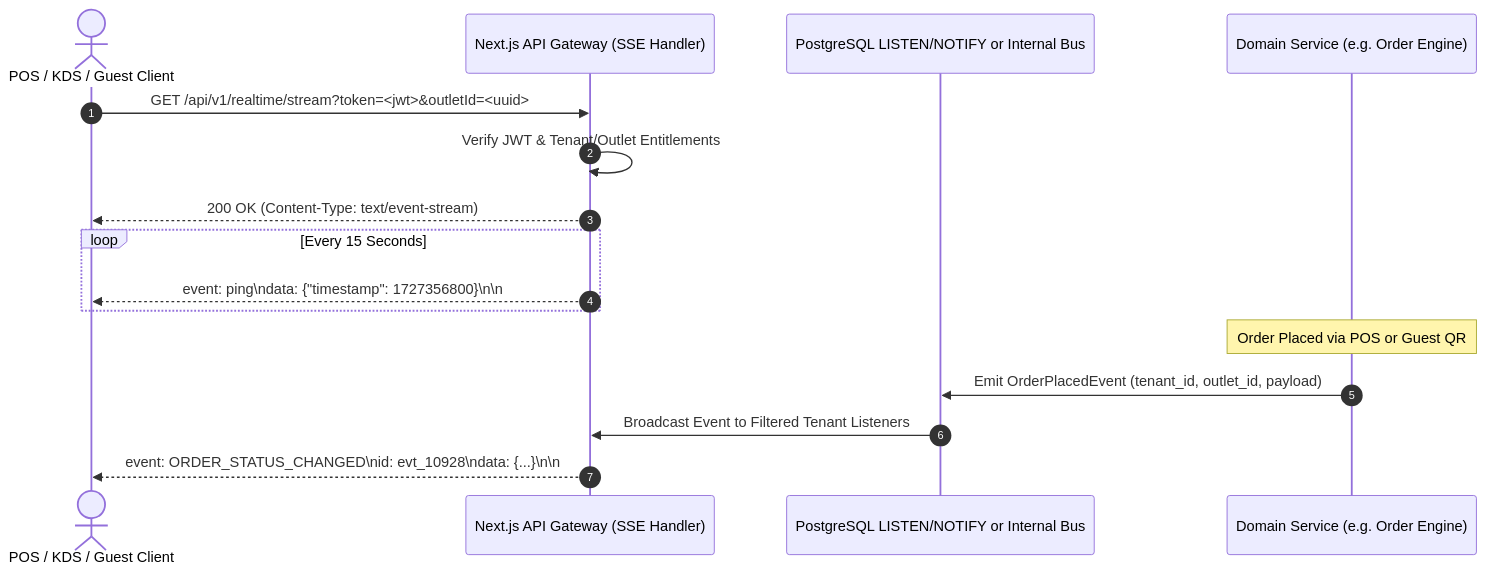
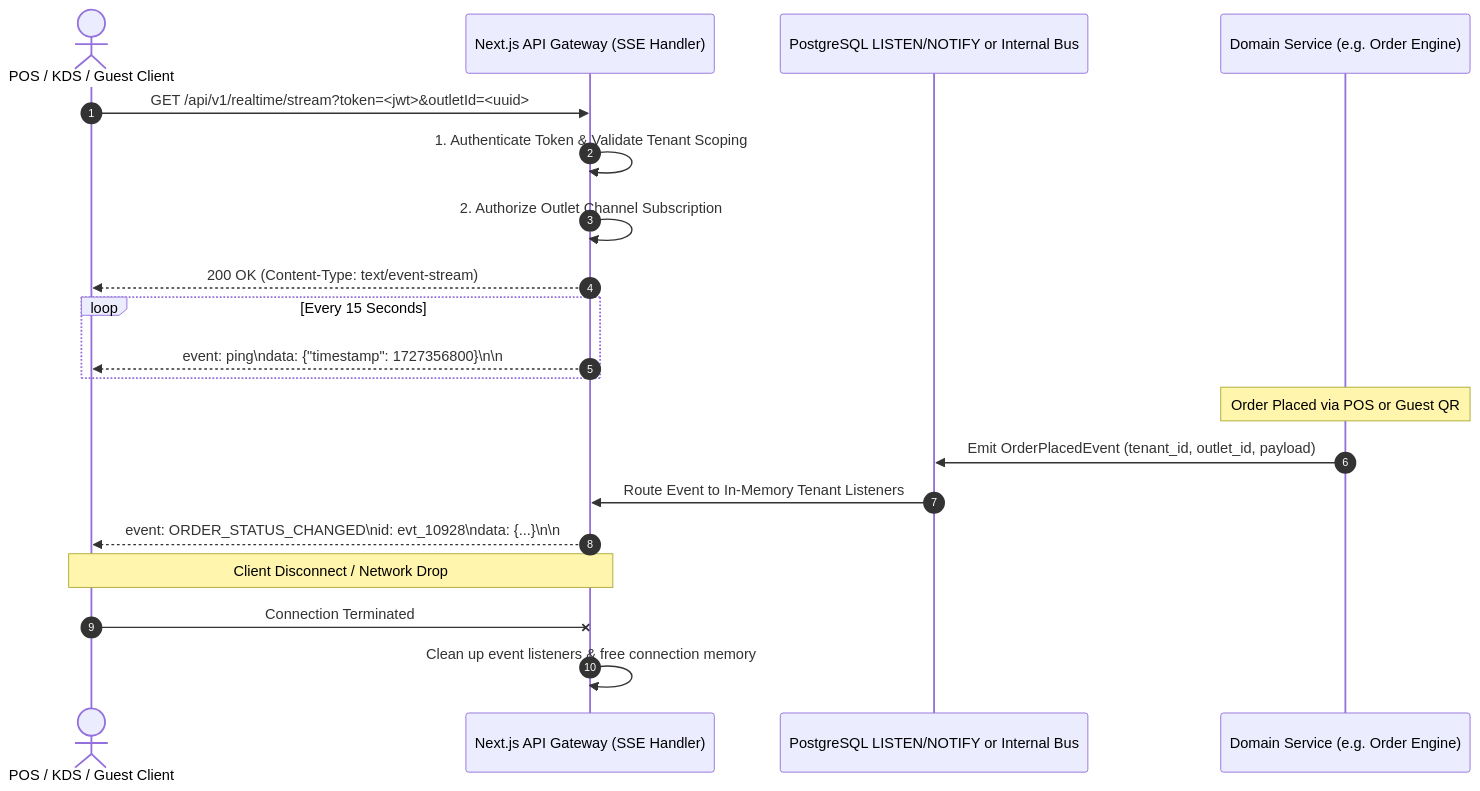
One commit to sypdersupport1-ui/ASSO-SuperApp changed the diagram in docs/05-API/REALTIME-API.md. Above: the diagram before and after it, drawn with Mermaid. The commit also changed other lines of this file and 9 other files, not shown here.

Commit message:
docs(phase3): correct architecture and consistency issues

````diff
--- a/docs/05-API/REALTIME-API.md
+++ b/docs/05-API/REALTIME-API.md
@@ -21,21 +27,26 @@
 ```mermaid
 sequenceDiagram
     autonumber
     actor Client as POS / KDS / Guest Client
     participant GW as Next.js API Gateway (SSE Handler)
     participant Bus as PostgreSQL LISTEN/NOTIFY or Internal Bus
     participant Domain as Domain Service (e.g. Order Engine)
 
     Client->>GW: GET /api/v1/realtime/stream?token=<jwt>&outletId=<uuid>
-    GW->>GW: Verify JWT & Tenant/Outlet Entitlements
+    GW->>GW: 1. Authenticate Token & Validate Tenant Scoping
+    GW->>GW: 2. Authorize Outlet Channel Subscription
     GW-->>Client: 200 OK (Content-Type: text/event-stream)
     
     loop Every 15 Seconds
         GW-->>Client: event: ping\ndata: {"timestamp": 1727356800}\n\n
     end
 
     Note over Domain: Order Placed via POS or Guest QR
     Domain->>Bus: Emit OrderPlacedEvent (tenant_id, outlet_id, payload)
-    Bus->>GW: Broadcast Event to Filtered Tenant Listeners
+    Bus->>GW: Route Event to In-Memory Tenant Listeners
     GW-->>Client: event: ORDER_STATUS_CHANGED\nid: evt_10928\ndata: {...}\n\n
+
+    Note over Client,GW: Client Disconnect / Network Drop
+    Client-xGW: Connection Terminated
+    GW->>GW: Clean up event listeners & free connection memory
 ```
````
